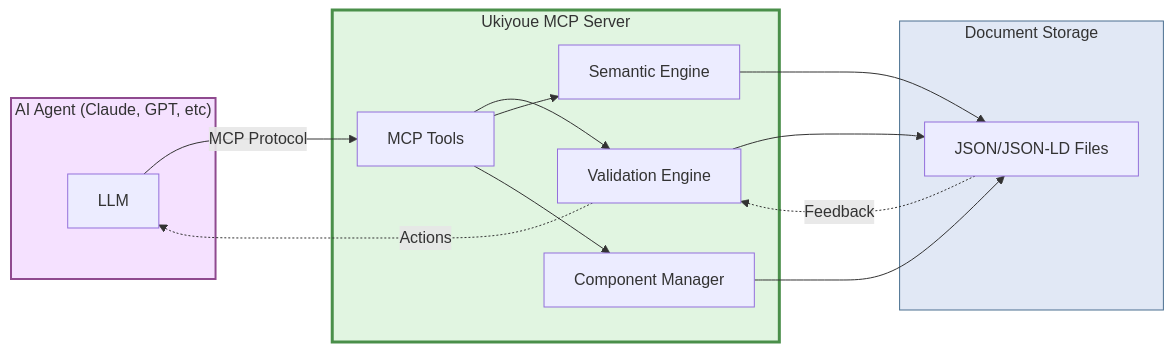
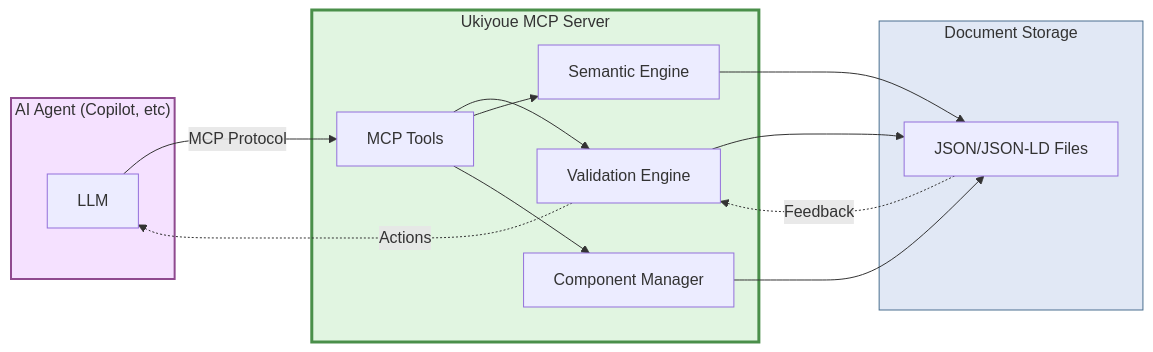
One commit to mahitotsu/ukiyoue changed the second of 3 diagrams in docs/concept.md. Above: the diagram before and after it, drawn with Mermaid. The commit also changed other lines of this file and 6 other files, not shown here.

````diff
--- a/docs/concept.md
+++ b/docs/concept.md
@@ -764,32 +764,32 @@
 ```mermaid
 graph LR
-    subgraph ai["AI Agent (Claude, GPT, etc)"]
+    subgraph ai["AI Agent (Copilot, etc)"]
         llm[LLM]
     end
 
     subgraph mcp["Ukiyoue MCP Server"]
         tools[MCP Tools]
         validate[Validation Engine]
         semantic[Semantic Engine]
         component[Component Manager]
     end
 
     subgraph storage["Document Storage"]
         docs[JSON/JSON-LD Files]
     end
 
     llm -->|MCP Protocol| tools
     tools --> validate
     tools --> semantic
     tools --> component
     validate --> docs
     semantic --> docs
     component --> docs
 
     docs -.->|Feedback| validate
     validate -.->|Actions| llm
 
     style mcp fill:#e1f5e1,stroke:#4a8f4a,stroke-width:3px
     style ai fill:#f5e1ff,stroke:#8f4a8f,stroke-width:2px
     style storage fill:#e1e8f5,stroke:#4a6f8f
 ```
````
